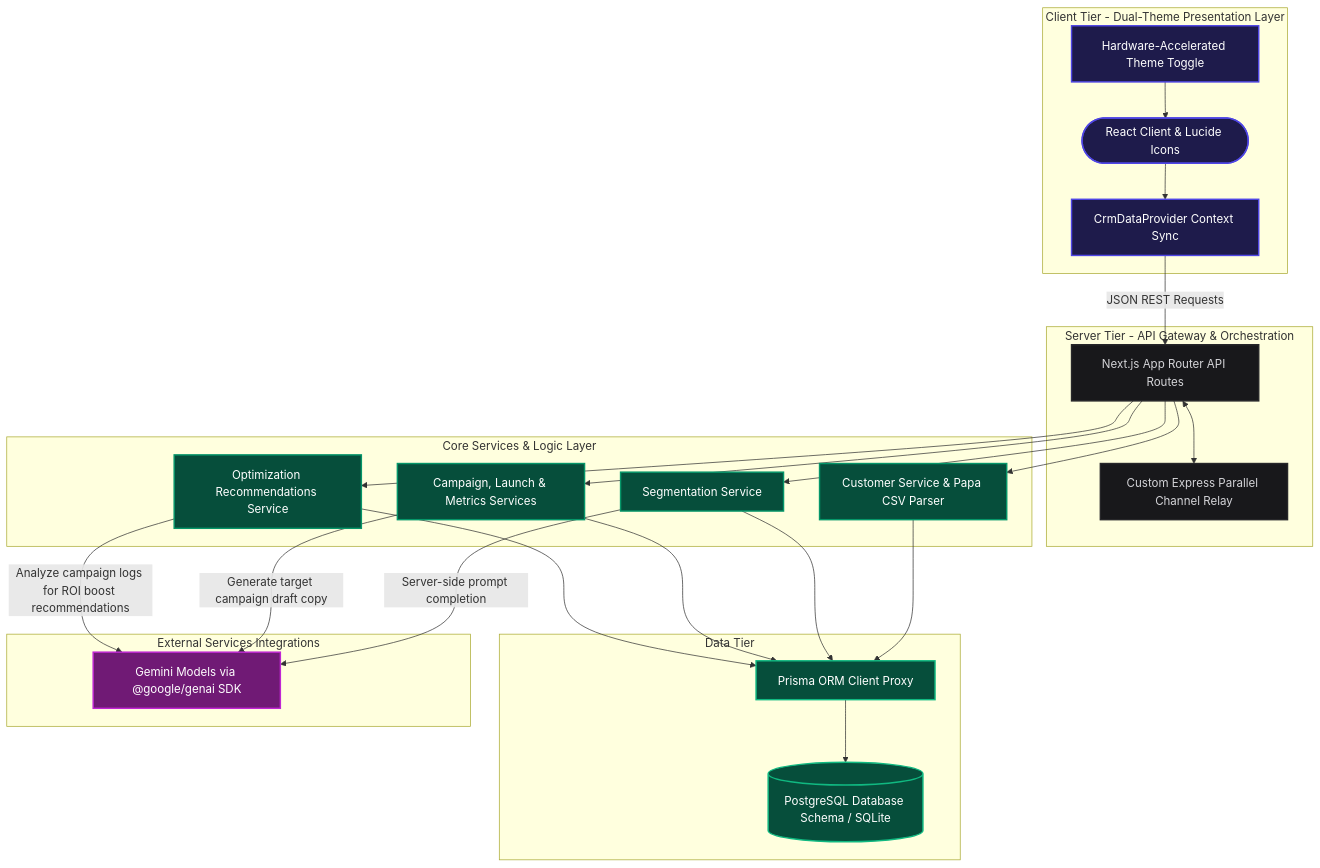
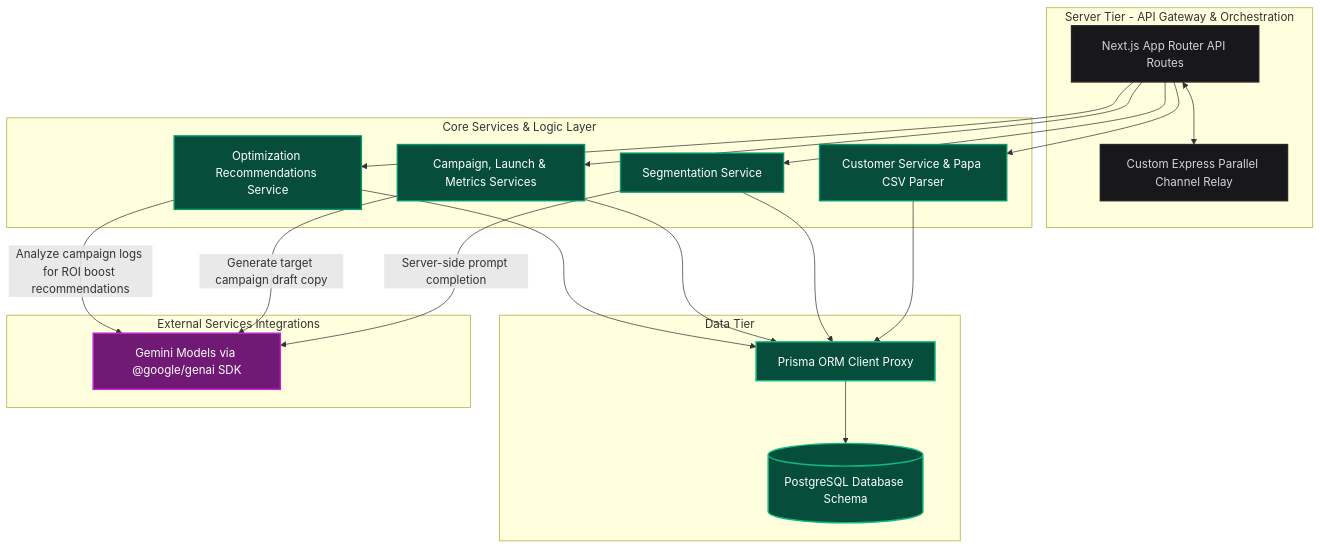
Before and after one commit to CodeBy-Raj/Mini-crm: the second of 2 diagrams in README.md, drawn with Mermaid. The commit also changed other lines of this file, not shown here.

Commit message:
Revise README for AI-Native CRM project
Updated project name and description, improved clarity on themes and features.

````diff
--- a/README.md
+++ b/README.md
@@ -138,61 +129,55 @@
 ```mermaid
 graph TD
-    %% Styling and Theme definitions
+    %% 
     classDef client fill:#1e1b4b,stroke:#4f46e5,stroke-width:2px,color:#fff;
     classDef server fill:#18181b,stroke:#27272a,stroke-width:2px,color:#d4d4d8;
     classDef service fill:#064e3b,stroke:#059669,stroke-width:2px,color:#fff;
     classDef database fill:#064e3b,stroke:#10b981,stroke-width:2px,color:#fff;
     classDef external fill:#701a75,stroke:#c026d3,stroke-width:2px,color:#fff;
 
-    subgraph Client_Tier [Client Tier - Dual-Theme Presentation Layer]
-        UI([React Client & Lucide Icons])
-        Context[CrmDataProvider Context Sync]
-        ThemeSwitch[Hardware-Accelerated Theme Toggle]
-        UI --> Context
-        ThemeSwitch --> UI
-    end
+
     class UI,Context,ThemeSwitch client;
 
     subgraph Server_Tier [Server Tier - API Gateway & Orchestration]
         NextServer[Next.js App Router API Routes]
         ExpressRelay[Custom Express Parallel Channel Relay]
         NextServer <--> ExpressRelay
     end
     class NextServer,ExpressRelay server;
 
     subgraph Services_Layer [Core Services & Logic Layer]
         CustServ[Customer Service & Papa CSV Parser]
         SegServ[Segmentation Service]
         CampServ[Campaign, Launch & Metrics Services]
         OptServ[Optimization Recommendations Service]
     end
     class CustServ,SegServ,CampServ,OptServ service;
 
     subgraph Storage [Data Tier]
         PrismaORM[Prisma ORM Client Proxy]
-        Postgres[(PostgreSQL Database Schema / SQLite)]
+        Postgres[(PostgreSQL Database Schema )]
         PrismaORM --> Postgres
     end
     class PrismaORM,Postgres database;
 
     subgraph External_Integrations [External Services Integrations]
         GeminiSDK[Gemini Models via @google/genai SDK]
     end
     class GeminiSDK external;
 
     %% Connectivity flows
-    Context -->|JSON REST Requests| NextServer
+    
     NextServer --> CustServ
     NextServer --> SegServ
     NextServer --> CampServ
     NextServer --> OptServ
 
     SegServ -->|Server-side prompt completion| GeminiSDK
     CampServ -->|Generate target campaign draft copy| GeminiSDK
     OptServ -->|Analyze campaign logs for ROI boost recommendations| GeminiSDK
 
     CustServ --> PrismaORM
     SegServ --> PrismaORM
     CampServ --> PrismaORM
     OptServ --> PrismaORM
 ```
````
